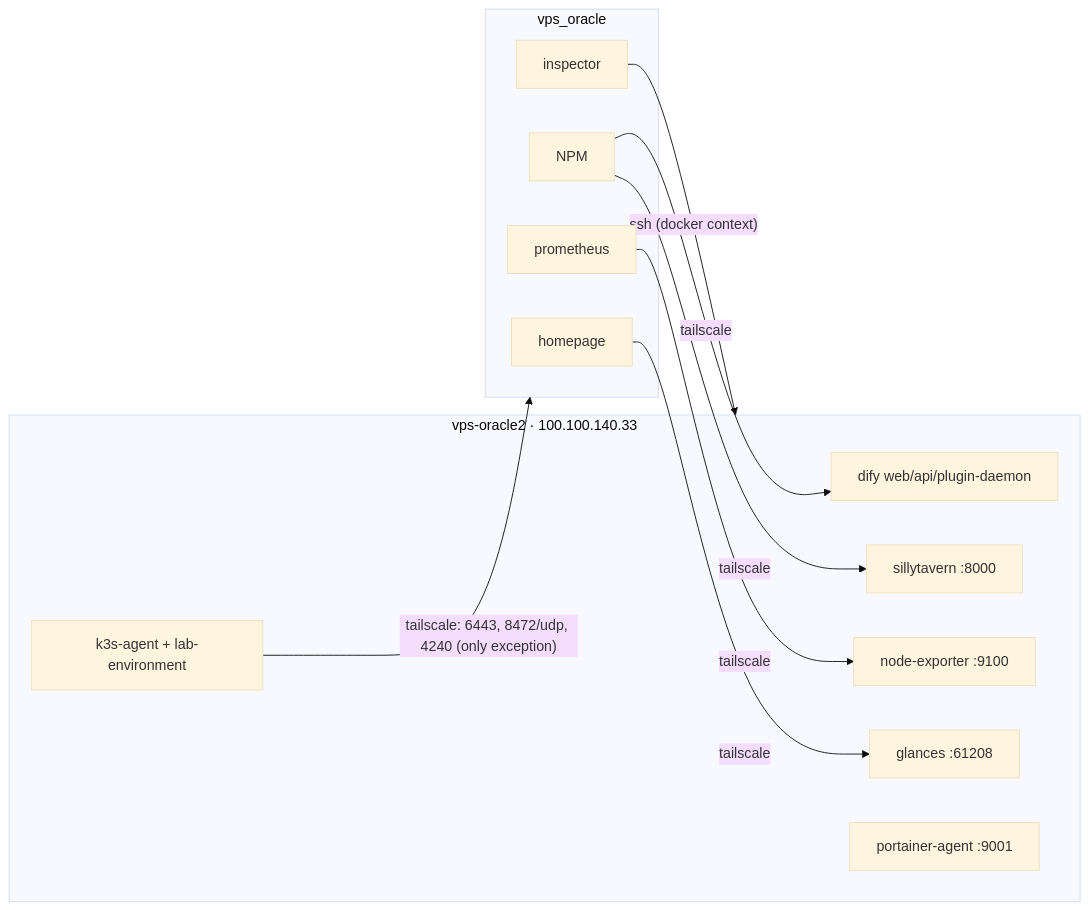
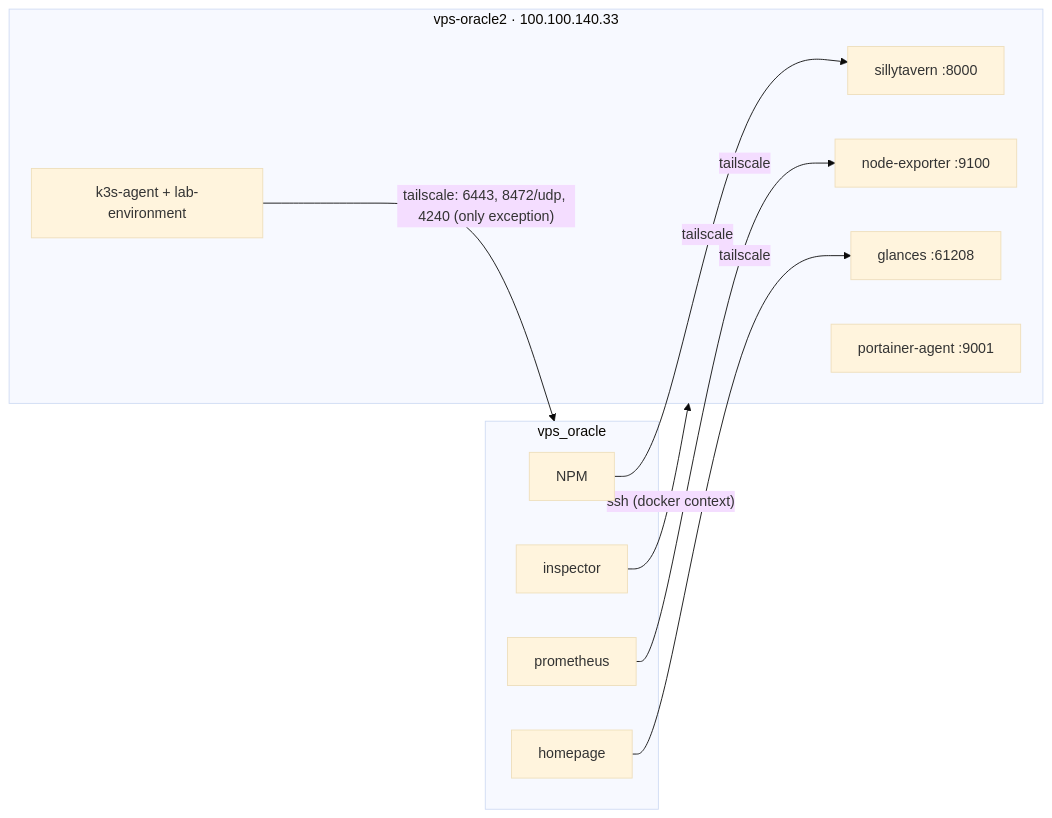
The diagram in vps_oracle2/README.md (Jeromefromcn/docker-gitops), drawn with Mermaid (base theme) before and after one commit. The commit also changed other lines of this file and 6 other files, not shown here.

````diff
--- a/vps_oracle2/README.md
+++ b/vps_oracle2/README.md
@@ -19,23 +19,21 @@
 ```mermaid
 flowchart LR
   subgraph oracle[vps_oracle]
     NPM[NPM]
     PROM[prometheus]
     HP[homepage]
     INS[inspector]
   end
   subgraph o2[vps-oracle2 · 100.100.140.33]
-    DIFY[dify web/api/plugin-daemon]
     ST[sillytavern :8000]
     NE[node-exporter :9100]
     GL[glances :61208]
     PA[portainer-agent :9001]
     AG[k3s-agent + lab-environment]
   end
-  NPM -- tailscale --> DIFY
   NPM -- tailscale --> ST
   AG -- "tailscale: 6443, 8472/udp, 4240 (only exception)" --> oracle
   PROM -- tailscale --> NE
   HP -- tailscale --> GL
   INS -- "ssh (docker context)" --> o2
 ```
````
